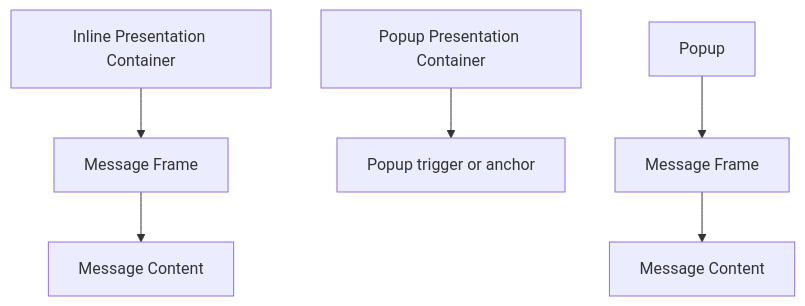
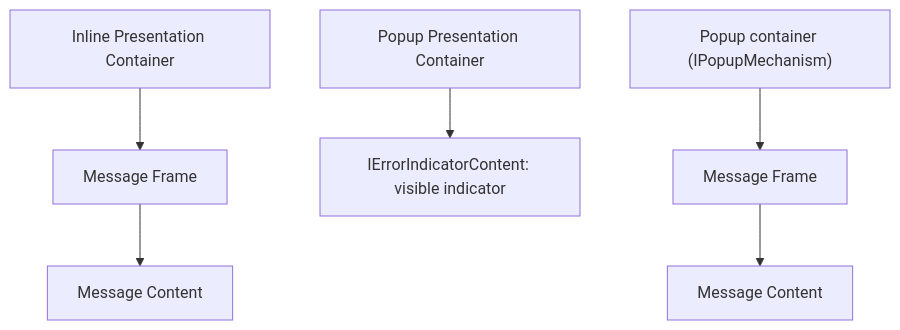
One commit to plblum/jivs changed the seventh of 14 diagrams in planning/Jivs-DOM_Implementation_Design.md. Above: the diagram before and after it, drawn with Mermaid. The commit also changed other lines of this file and 35 other files, not shown here.

````diff
--- a/planning/Jivs-DOM_Implementation_Design.md
+++ b/planning/Jivs-DOM_Implementation_Design.md
@@ -2073,19 +2077,19 @@
 ```mermaid
 flowchart TB
     INLINE_PRESENTATION["Inline Presentation Container"]
     INLINE_FRAME["Message Frame"]
     INLINE_CONTENT["Message Content"]
 
     POPUP_PRESENTATION["Popup Presentation Container"]
-    POPUP_TRIGGER["Popup trigger or anchor"]
-    POPUP["Popup"]
+    POPUP_TRIGGER["IErrorIndicatorContent: visible indicator"]
+    POPUP["Popup container (IPopupMechanism)"]
     POPUP_FRAME["Message Frame"]
     POPUP_CONTENT["Message Content"]
 
     INLINE_PRESENTATION --> INLINE_FRAME
     INLINE_FRAME --> INLINE_CONTENT
 
     POPUP_PRESENTATION --> POPUP_TRIGGER
     POPUP --> POPUP_FRAME
     POPUP_FRAME --> POPUP_CONTENT
 ```
````
